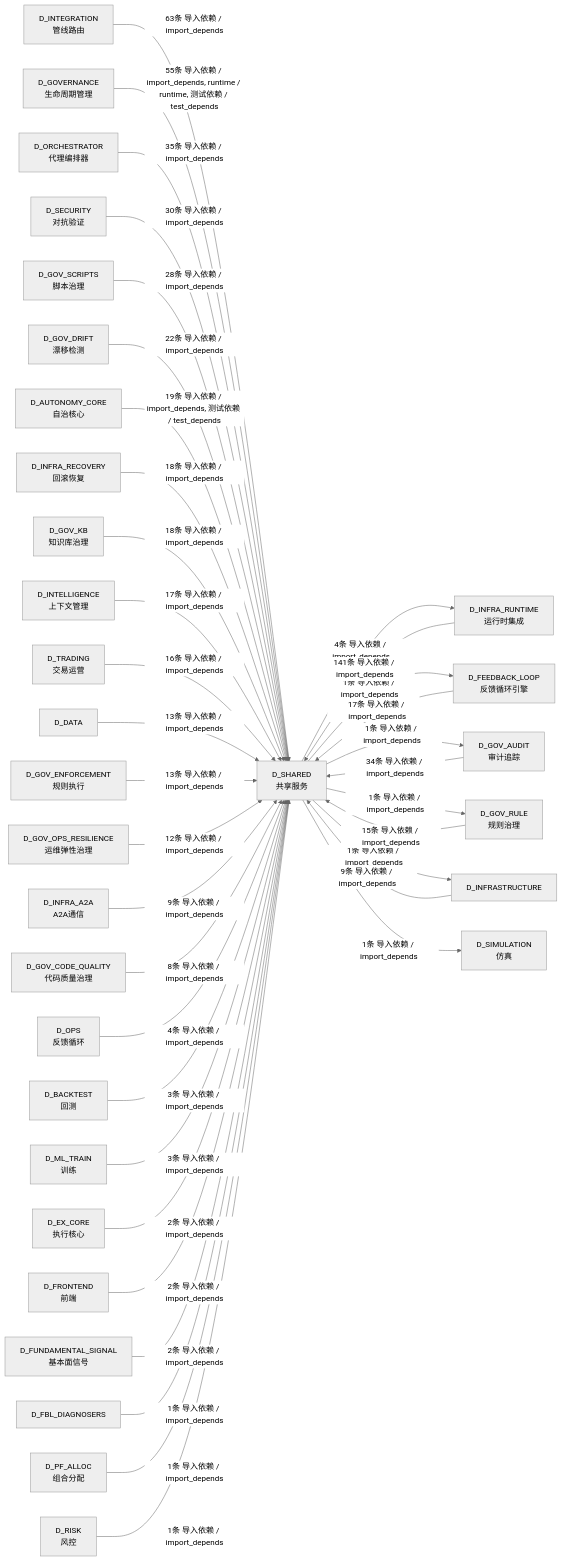
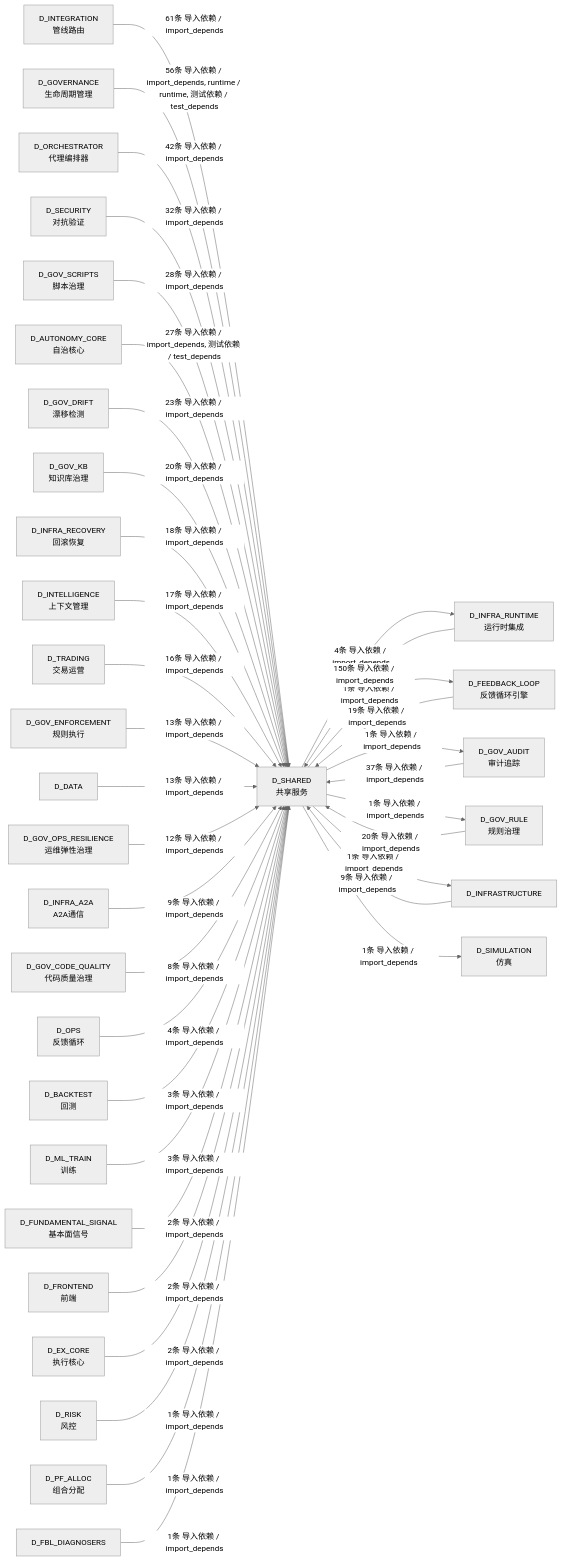
One commit to xuanFelixVan/ZephyrAlpha changed the tenth of 10 diagrams in docs/02_enterprise_architecture/02_domain_architecture_docs/26_d_shared.md. Above: the diagram before and after it, drawn with Mermaid (neutral theme). The commit also changed other lines of this file and 99 other files, not shown here.

````diff
--- a/docs/02_enterprise_architecture/02_domain_architecture_docs/26_d_shared.md
+++ b/docs/02_enterprise_architecture/02_domain_architecture_docs/26_d_shared.md
@@ -1694,71 +1744,71 @@
 ```mermaid
 graph LR
     D_SHARED["D_SHARED<br/>共享服务"]
     D_INFRA_RUNTIME["D_INFRA_RUNTIME<br/>运行时集成"]
     D_FEEDBACK_LOOP["D_FEEDBACK_LOOP<br/>反馈循环引擎"]
     D_GOV_AUDIT["D_GOV_AUDIT<br/>审计追踪"]
     D_GOV_RULE["D_GOV_RULE<br/>规则治理"]
     D_INFRASTRUCTURE["D_INFRASTRUCTURE"]
     D_SIMULATION["D_SIMULATION<br/>仿真"]
     D_INTEGRATION["D_INTEGRATION<br/>管线路由"]
     D_GOVERNANCE["D_GOVERNANCE<br/>生命周期管理"]
     D_ORCHESTRATOR["D_ORCHESTRATOR<br/>代理编排器"]
     D_SECURITY["D_SECURITY<br/>对抗验证"]
     D_GOV_SCRIPTS["D_GOV_SCRIPTS<br/>脚本治理"]
+    D_AUTONOMY_CORE["D_AUTONOMY_CORE<br/>自治核心"]
     D_GOV_DRIFT["D_GOV_DRIFT<br/>漂移检测"]
-    D_AUTONOMY_CORE["D_AUTONOMY_CORE<br/>自治核心"]
+    D_GOV_KB["D_GOV_KB<br/>知识库治理"]
     D_INFRA_RECOVERY["D_INFRA_RECOVERY<br/>回滚恢复"]
-    D_GOV_KB["D_GOV_KB<br/>知识库治理"]
     D_INTELLIGENCE["D_INTELLIGENCE<br/>上下文管理"]
     D_TRADING["D_TRADING<br/>交易运营"]
+    D_GOV_ENFORCEMENT["D_GOV_ENFORCEMENT<br/>规则执行"]
     D_DATA["D_DATA"]
-    D_GOV_ENFORCEMENT["D_GOV_ENFORCEMENT<br/>规则执行"]
     D_GOV_OPS_RESILIENCE["D_GOV_OPS_RESILIENCE<br/>运维弹性治理"]
     D_INFRA_A2A["D_INFRA_A2A<br/>A2A通信"]
     D_GOV_CODE_QUALITY["D_GOV_CODE_QUALITY<br/>代码质量治理"]
     D_OPS["D_OPS<br/>反馈循环"]
     D_BACKTEST["D_BACKTEST<br/>回测"]
     D_ML_TRAIN["D_ML_TRAIN<br/>训练"]
+    D_FUNDAMENTAL_SIGNAL["D_FUNDAMENTAL_SIGNAL<br/>基本面信号"]
+    D_FRONTEND["D_FRONTEND<br/>前端"]
     D_EX_CORE["D_EX_CORE<br/>执行核心"]
-    D_FRONTEND["D_FRONTEND<br/>前端"]
-    D_FUNDAMENTAL_SIGNAL["D_FUNDAMENTAL_SIGNAL<br/>基本面信号"]
+    D_RISK["D_RISK<br/>风控"]
+    D_PF_ALLOC["D_PF_ALLOC<br/>组合分配"]
     D_FBL_DIAGNOSERS["D_FBL_DIAGNOSERS"]
-    D_PF_ALLOC["D_PF_ALLOC<br/>组合分配"]
-    D_RISK["D_RISK<br/>风控"]
     D_SHARED -->|4条 导入依赖 / import_depends| D_INFRA_RUNTIME
     D_SHARED -->|1条 导入依赖 / import_depends| D_FEEDBACK_LOOP
     D_SHARED -->|1条 导入依赖 / import_depends| D_GOV_AUDIT
     D_SHARED -->|1条 导入依赖 / import_depends| D_GOV_RULE
     D_SHARED -->|1条 导入依赖 / import_depends| D_INFRASTRUCTURE
     D_SHARED -->|1条 导入依赖 / import_depends| D_SIMULATION
-    D_INFRA_RUNTIME -->|141条 导入依赖 / import_depends| D_SHARED
-    D_INTEGRATION -->|63条 导入依赖 / import_depends| D_SHARED
-    D_GOVERNANCE -->|55条 导入依赖 / import_depends, runtime / runtime, 测试依赖 / test_depends| D_SHARED
-    D_ORCHESTRATOR -->|35条 导入依赖 / import_depends| D_SHARED
-    D_GOV_AUDIT -->|34条 导入依赖 / import_depends| D_SHARED
-    D_SECURITY -->|30条 导入依赖 / import_depends| D_SHARED
+    D_INFRA_RUNTIME -->|150条 导入依赖 / import_depends| D_SHARED
+    D_INTEGRATION -->|61条 导入依赖 / import_depends| D_SHARED
+    D_GOVERNANCE -->|56条 导入依赖 / import_depends, runtime / runtime, 测试依赖 / test_depends| D_SHARED
+    D_ORCHESTRATOR -->|42条 导入依赖 / import_depends| D_SHARED
+    D_GOV_AUDIT -->|37条 导入依赖 / import_depends| D_SHARED
+    D_SECURITY -->|32条 导入依赖 / import_depends| D_SHARED
     D_GOV_SCRIPTS -->|28条 导入依赖 / import_depends| D_SHARED
-    D_GOV_DRIFT -->|22条 导入依赖 / import_depends| D_SHARED
-    D_AUTONOMY_CORE -->|19条 导入依赖 / import_depends, 测试依赖 / test_depends| D_SHARED
+    D_AUTONOMY_CORE -->|27条 导入依赖 / import_depends, 测试依赖 / test_depends| D_SHARED
+    D_GOV_DRIFT -->|23条 导入依赖 / import_depends| D_SHARED
+    D_GOV_RULE -->|20条 导入依赖 / import_depends| D_SHARED
+    D_GOV_KB -->|20条 导入依赖 / import_depends| D_SHARED
+    D_FEEDBACK_LOOP -->|19条 导入依赖 / import_depends| D_SHARED
     D_INFRA_RECOVERY -->|18条 导入依赖 / import_depends| D_SHARED
-    D_GOV_KB -->|18条 导入依赖 / import_depends| D_SHARED
-    D_FEEDBACK_LOOP -->|17条 导入依赖 / import_depends| D_SHARED
     D_INTELLIGENCE -->|17条 导入依赖 / import_depends| D_SHARED
     D_TRADING -->|16条 导入依赖 / import_depends| D_SHARED
-    D_GOV_RULE -->|15条 导入依赖 / import_depends| D_SHARED
+    D_GOV_ENFORCEMENT -->|13条 导入依赖 / import_depends| D_SHARED
     D_DATA -->|13条 导入依赖 / import_depends| D_SHARED
-    D_GOV_ENFORCEMENT -->|13条 导入依赖 / import_depends| D_SHARED
     D_GOV_OPS_RESILIENCE -->|12条 导入依赖 / import_depends| D_SHARED
+    D_INFRASTRUCTURE -->|9条 导入依赖 / import_depends| D_SHARED
     D_INFRA_A2A -->|9条 导入依赖 / import_depends| D_SHARED
-    D_INFRASTRUCTURE -->|9条 导入依赖 / import_depends| D_SHARED
     D_GOV_CODE_QUALITY -->|8条 导入依赖 / import_depends| D_SHARED
     D_OPS -->|4条 导入依赖 / import_depends| D_SHARED
     D_BACKTEST -->|3条 导入依赖 / import_depends| D_SHARED
     D_ML_TRAIN -->|3条 导入依赖 / import_depends| D_SHARED
+    D_FUNDAMENTAL_SIGNAL -->|2条 导入依赖 / import_depends| D_SHARED
+    D_FRONTEND -->|2条 导入依赖 / import_depends| D_SHARED
     D_EX_CORE -->|2条 导入依赖 / import_depends| D_SHARED
-    D_FRONTEND -->|2条 导入依赖 / import_depends| D_SHARED
-    D_FUNDAMENTAL_SIGNAL -->|2条 导入依赖 / import_depends| D_SHARED
+    D_RISK -->|1条 导入依赖 / import_depends| D_SHARED
+    D_PF_ALLOC -->|1条 导入依赖 / import_depends| D_SHARED
     D_FBL_DIAGNOSERS -->|1条 导入依赖 / import_depends| D_SHARED
-    D_PF_ALLOC -->|1条 导入依赖 / import_depends| D_SHARED
-    D_RISK -->|1条 导入依赖 / import_depends| D_SHARED
 ```
````
